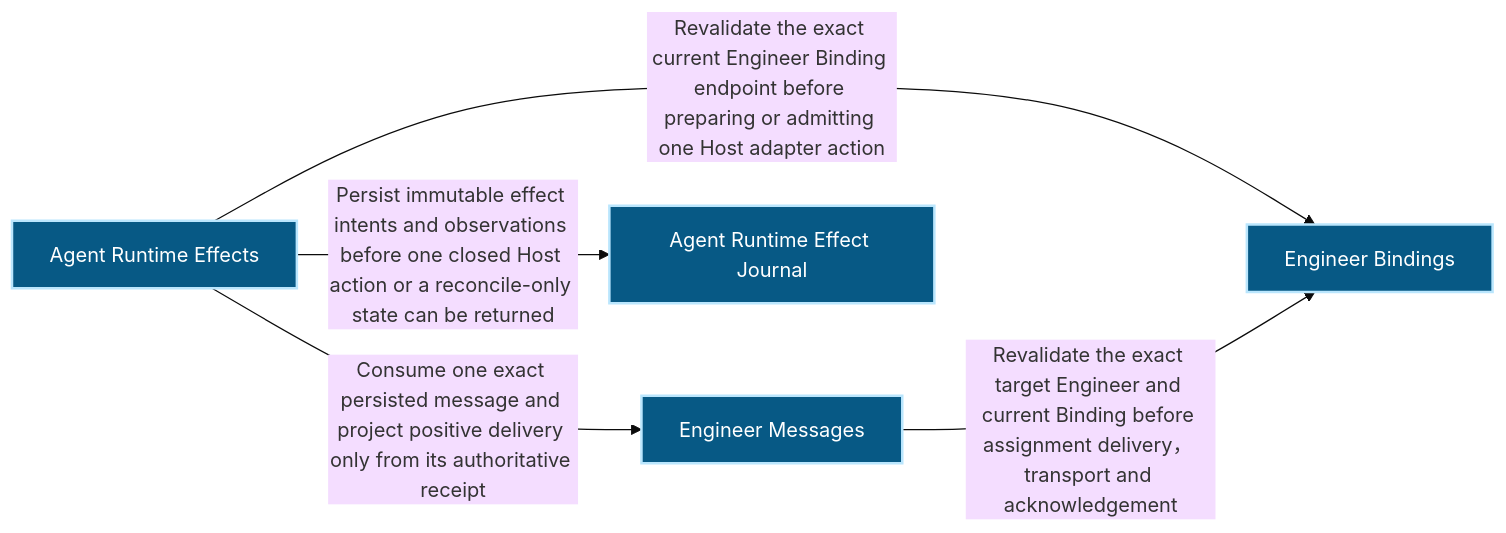
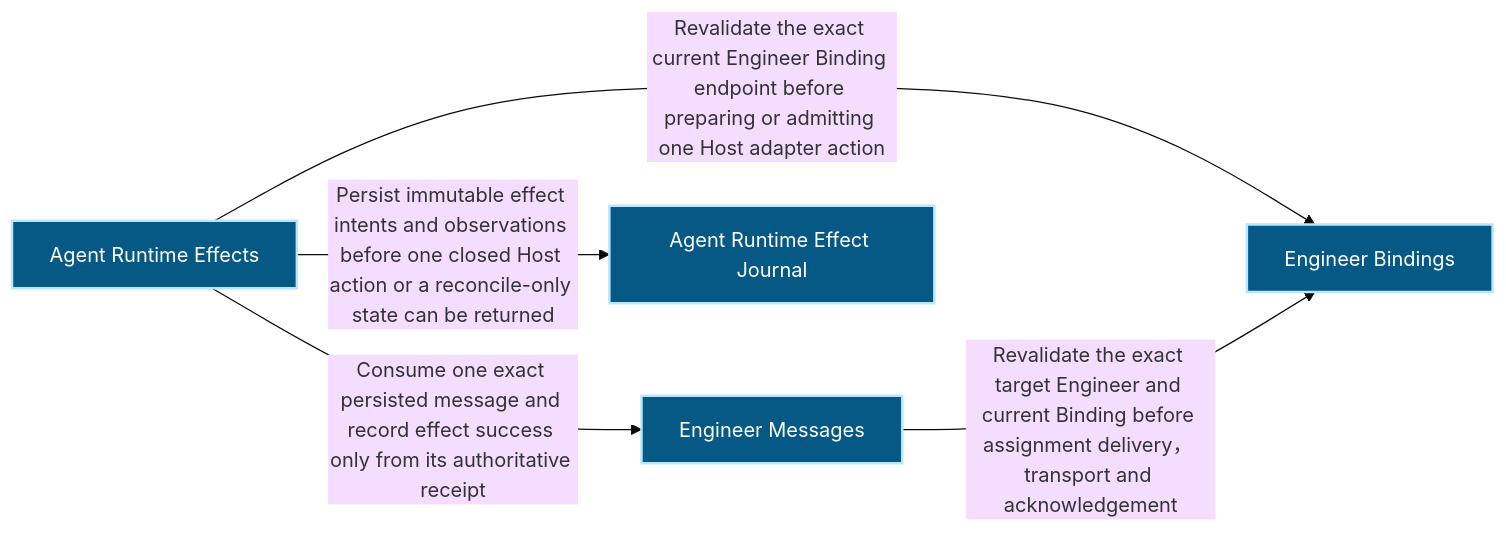
One commit to Ancienttwo/repo-harness changed the first of 2 diagrams in docs/architecture/modules/runtime-harness/agent-runtime-effects.md. Above: the diagram before and after it, drawn with Mermaid (base theme). The commit also changed other lines of this file and 66 other files, not shown here.

First line of the commit message:
feat(runtime): R1 provider-neutral agent runtime effect (#230)

````diff
--- a/docs/architecture/modules/runtime-harness/agent-runtime-effects.md
+++ b/docs/architecture/modules/runtime-harness/agent-runtime-effects.md
@@ -16,15 +16,15 @@
 ```mermaid
 flowchart LR
   p1_capability_runtime_harness_agent_runtime_effects_f1bcf433["Agent Runtime Effects"]:::component
   p1_capability_runtime_harness_engineer_bindings_34c00f72["Engineer Bindings"]:::component
   p1_capability_runtime_harness_engineer_messages_f10d1d17["Engineer Messages"]:::component
   p1_component_agent_runtime_effects_journal_f6727f8f["Agent Runtime Effect Journal"]:::component
   p1_capability_runtime_harness_agent_runtime_effects_f1bcf433 -->|"Revalidate the exact current Engineer Binding endpoint before preparing or admitting one Host adapter action"| p1_capability_runtime_harness_engineer_bindings_34c00f72
-  p1_capability_runtime_harness_agent_runtime_effects_f1bcf433 -->|"Consume one exact persisted message and project positive delivery only from its authoritative receipt"| p1_capability_runtime_harness_engineer_messages_f10d1d17
+  p1_capability_runtime_harness_agent_runtime_effects_f1bcf433 -->|"Consume one exact persisted message and record effect success only from its authoritative receipt"| p1_capability_runtime_harness_engineer_messages_f10d1d17
   p1_capability_runtime_harness_agent_runtime_effects_f1bcf433 -->|"Persist immutable effect intents and observations before one closed Host action or a reconcile-only state can be returned"| p1_component_agent_runtime_effects_journal_f6727f8f
   p1_capability_runtime_harness_engineer_messages_f10d1d17 -->|"Revalidate the exact target Engineer and current Binding before assignment delivery， transport and acknowledgement"| p1_capability_runtime_harness_engineer_bindings_34c00f72
   classDef actor fill:#111827,color:#ffffff,stroke:#f9fafb,stroke-width:2px
   classDef component fill:#075985,color:#ffffff,stroke:#bae6fd,stroke-width:2px
   classDef datastore fill:#3f6212,color:#ffffff,stroke:#d9f99d,stroke-width:2px
   classDef external fill:#7c2d12,color:#ffffff,stroke:#fed7aa,stroke-width:2px
 ```
````
